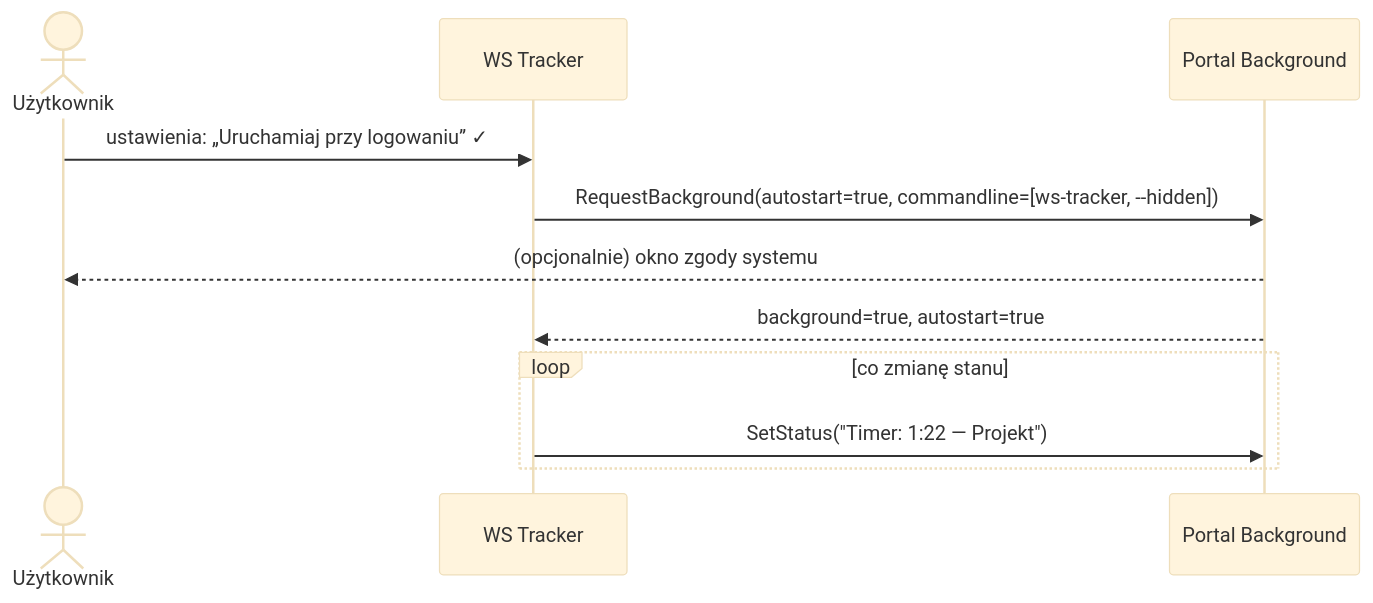
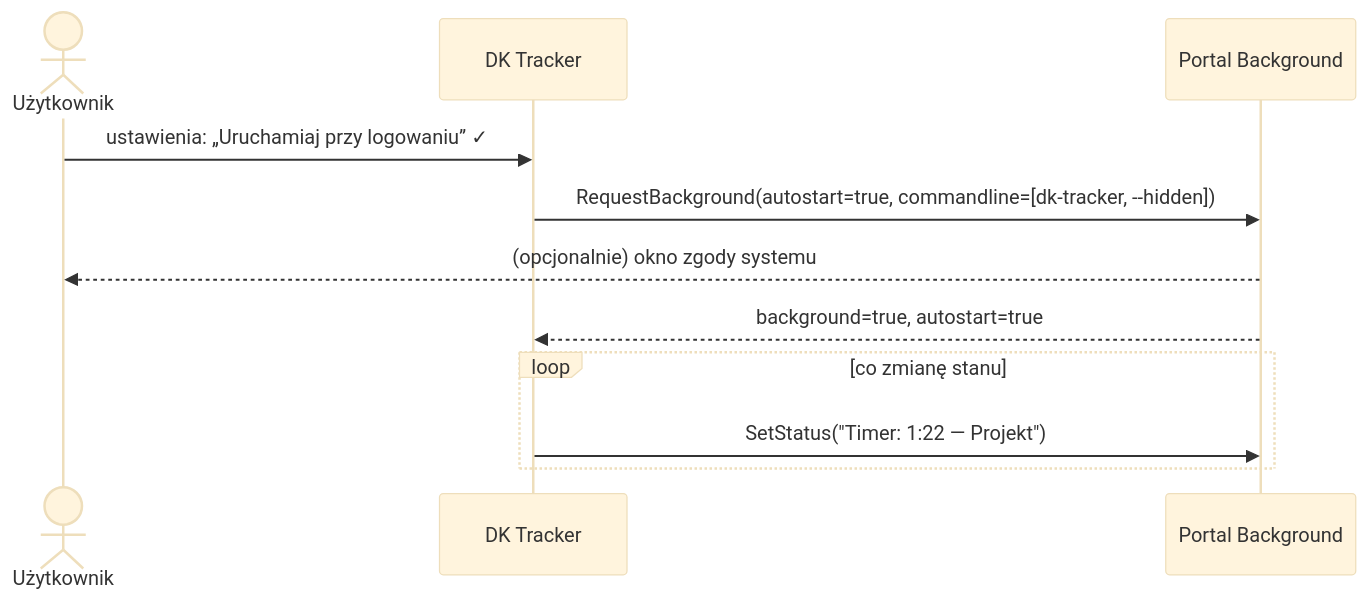
The diagram in docs/integracje/xdg-portale.md (DragonKing026/DK-Tracker-Linux), drawn with Mermaid (base theme) before and after one commit. The commit also changed other lines of this file and 73 other files, not shown here.

````diff
--- a/docs/integracje/xdg-portale.md
+++ b/docs/integracje/xdg-portale.md
@@ -41,13 +41,13 @@
 ```mermaid
 sequenceDiagram
     actor U as Użytkownik
-    participant App as WS Tracker
+    participant App as DK Tracker
     participant P as Portal Background
     U->>App: ustawienia: „Uruchamiaj przy logowaniu” ✓
-    App->>P: RequestBackground(autostart=true, commandline=[ws-tracker, --hidden])
+    App->>P: RequestBackground(autostart=true, commandline=[dk-tracker, --hidden])
     P-->>U: (opcjonalnie) okno zgody systemu
     P-->>App: background=true, autostart=true
     loop co zmianę stanu
         App->>P: SetStatus("Timer: 1:22 — Projekt")
     end
 ```
````
